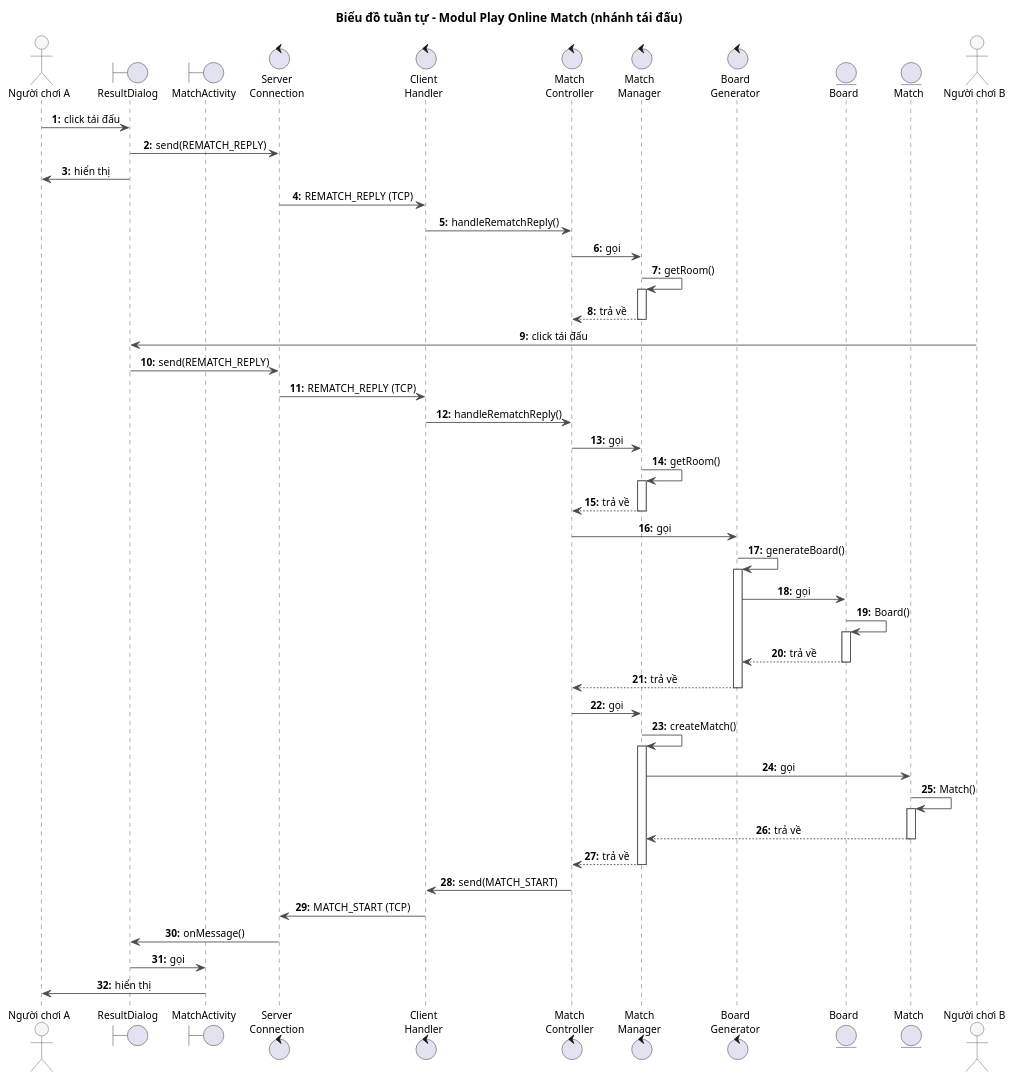
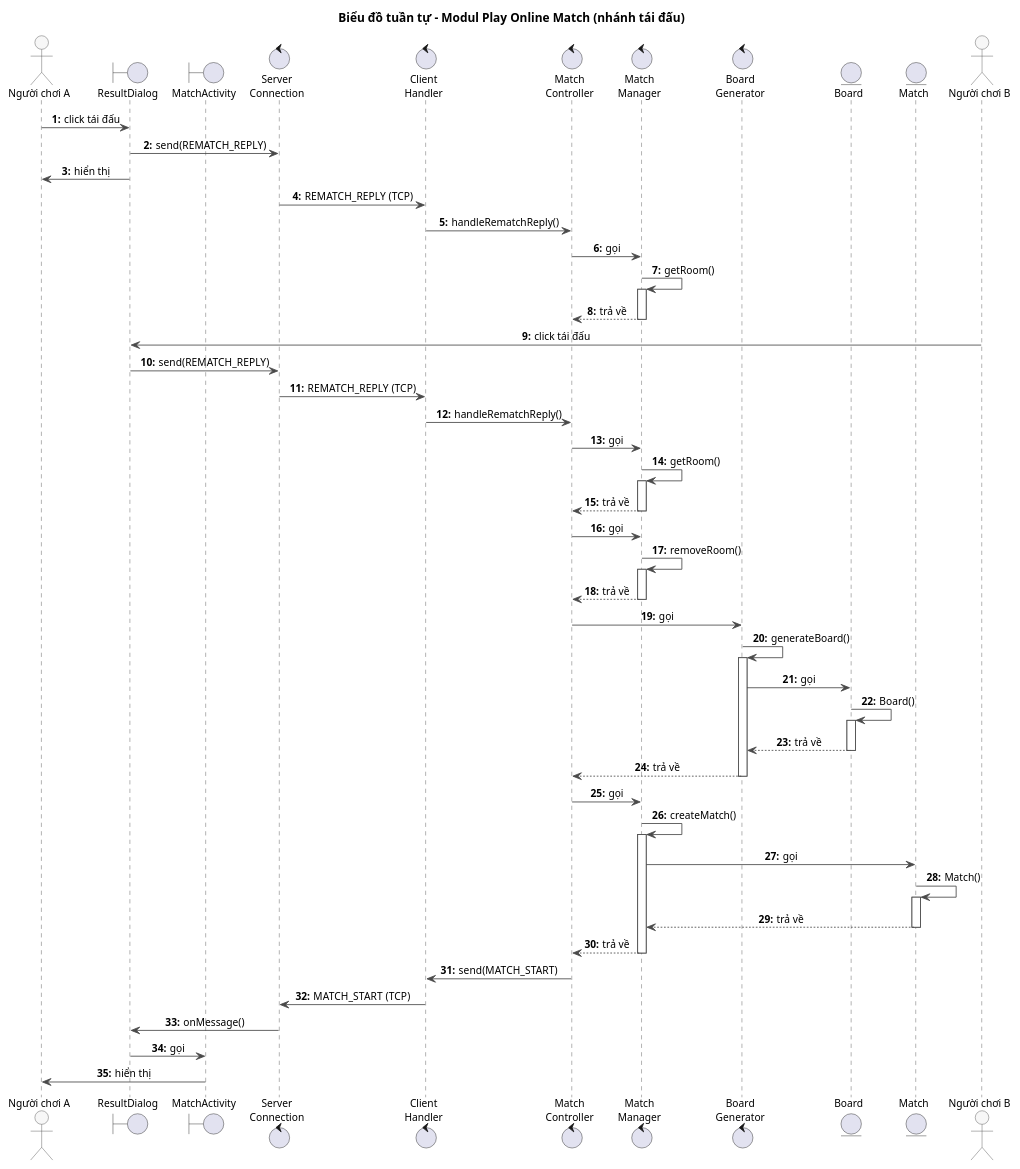
One commit to VattenL/mobile-pikachu changed the diagram in docs/uml/pha3/seq-m4-4.puml. Above: the diagram before and after it, drawn with PlantUML. The commit also changed 73 other files, not shown here.

```diff
--- a/docs/uml/pha3/seq-m4-4.puml
+++ b/docs/uml/pha3/seq-m4-4.puml
@@ -1,74 +1,79 @@
 @startuml seq-m4-4
 title Biểu đồ tuần tự - Modul Play Online Match (nhánh tái đấu)
 
 skinparam shadowing false
 skinparam defaultFontSize 12
 skinparam sequenceMessageAlign center
 skinparam responseMessageBelowArrow true
 skinparam ArrowColor #4A4A4A
 skinparam sequence {
   LifeLineBorderColor #4A4A4A
   ParticipantBorderColor #4A4A4A
   ParticipantBackgroundColor #F7F7F7
   ActorBorderColor #4A4A4A
   ActorBackgroundColor #F7F7F7
 }
 autonumber "<b>0:"
 
 actor "Người chơi A" as A
 boundary ResultDialog
 boundary MatchActivity
 control "Server\nConnection" as ServerConnection
 control "Client\nHandler" as ClientHandler
 control "Match\nController" as MatchController
 control "Match\nManager" as MatchManager
 control "Board\nGenerator" as BoardGenerator
 entity Board
 entity Match
 actor "Người chơi B" as B
 
 A -> ResultDialog : click tái đấu
 ResultDialog -> ServerConnection : send(REMATCH_REPLY)
 ResultDialog -> A : hiển thị
 ServerConnection -> ClientHandler : REMATCH_REPLY (TCP)
 ClientHandler -> MatchController : handleRematchReply()
 MatchController -> MatchManager : gọi
 MatchManager -> MatchManager : getRoom()
 activate MatchManager
 MatchManager --> MatchController : trả về
 deactivate MatchManager
 B -> ResultDialog : click tái đấu
 ResultDialog -> ServerConnection : send(REMATCH_REPLY)
 ServerConnection -> ClientHandler : REMATCH_REPLY (TCP)
 ClientHandler -> MatchController : handleRematchReply()
 MatchController -> MatchManager : gọi
 MatchManager -> MatchManager : getRoom()
 activate MatchManager
 MatchManager --> MatchController : trả về
 deactivate MatchManager
+MatchController -> MatchManager : gọi
+MatchManager -> MatchManager : removeRoom()
+activate MatchManager
+MatchManager --> MatchController : trả về
+deactivate MatchManager
 MatchController -> BoardGenerator : gọi
 BoardGenerator -> BoardGenerator : generateBoard()
 activate BoardGenerator
 BoardGenerator -> Board : gọi
 Board -> Board : Board()
 activate Board
 Board --> BoardGenerator : trả về
 deactivate Board
 BoardGenerator --> MatchController : trả về
 deactivate BoardGenerator
 MatchController -> MatchManager : gọi
 MatchManager -> MatchManager : createMatch()
 activate MatchManager
 MatchManager -> Match : gọi
 Match -> Match : Match()
 activate Match
 Match --> MatchManager : trả về
 deactivate Match
 MatchManager --> MatchController : trả về
 deactivate MatchManager
 MatchController -> ClientHandler : send(MATCH_START)
 ClientHandler -> ServerConnection : MATCH_START (TCP)
 ServerConnection -> ResultDialog : onMessage()
 ResultDialog -> MatchActivity : gọi
 MatchActivity -> A : hiển thị
 @enduml
```
